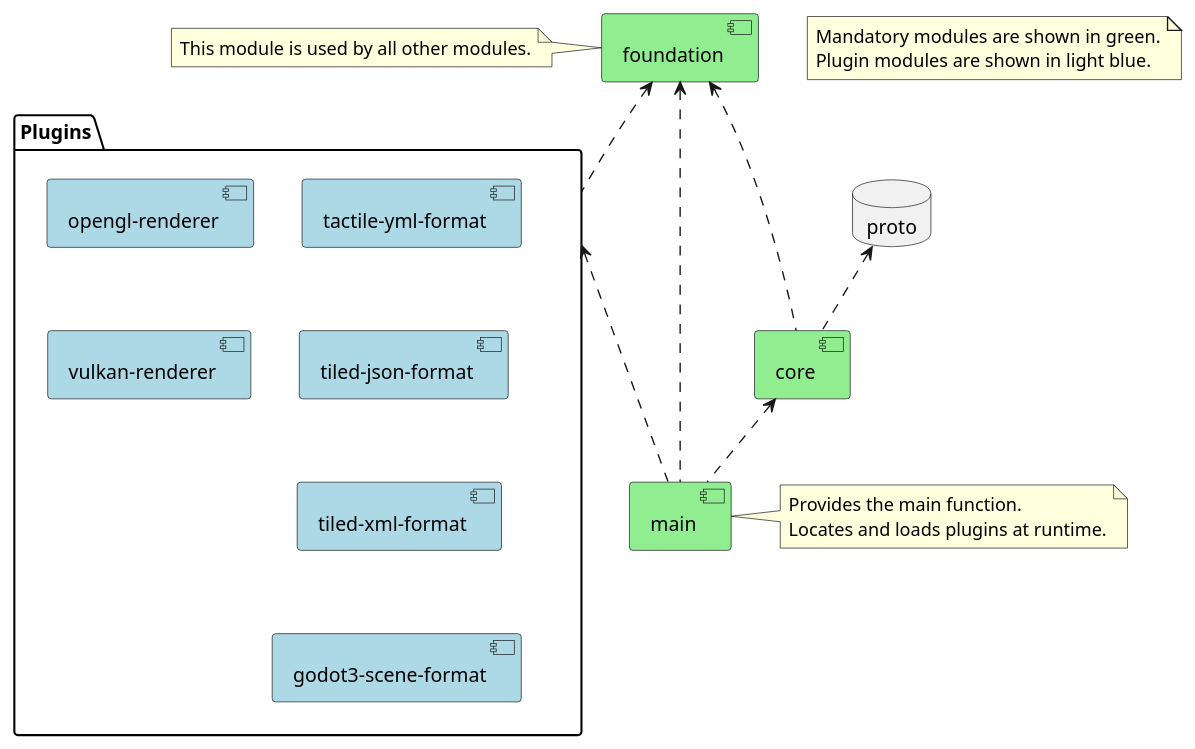
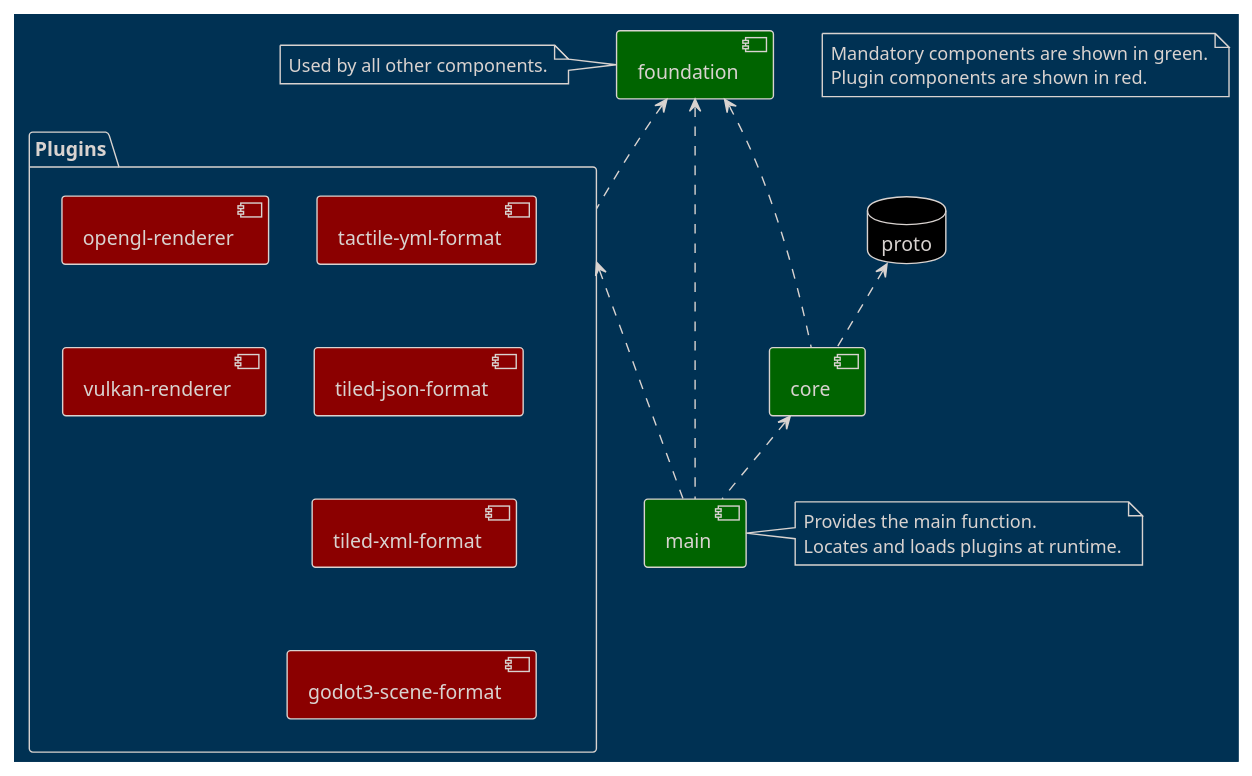
The diagram in docs/architecture/modules.puml (albin-johansson/tactile), drawn with PlantUML before and after one commit.

```diff
--- a/docs/architecture/modules.puml
+++ b/docs/architecture/modules.puml
@@ -1,38 +1,40 @@
 @startuml
 
-[foundation] #lightgreen
-[core]       #lightgreen
-[main]       #lightgreen
+!theme blueprint
+
+[foundation] #darkgreen
+[core]       #darkgreen
+[main]       #darkgreen
 
 package "Plugins" {
-  [tactile-yml-format]  #lightblue
-  [tiled-json-format]   #lightblue
-  [tiled-xml-format]    #lightblue
-  [godot3-scene-format] #lightblue
+  [tactile-yml-format]  #darkred
+  [tiled-json-format]   #darkred
+  [tiled-xml-format]    #darkred
+  [godot3-scene-format] #darkred
 
-  [opengl-renderer] #lightblue
-  [vulkan-renderer] #lightblue
+  [opengl-renderer] #darkred
+  [vulkan-renderer] #darkred
 }
 
-database "proto"
+database "proto" #black
 
 "tactile-yml-format" -[hidden]- "tiled-json-format"
 "tiled-json-format"  -[hidden]- "tiled-xml-format"
 "tiled-xml-format"   -[hidden]- "godot3-scene-format"
 "opengl-renderer"    -[hidden]- "vulkan-renderer"
 
 "foundation" <.. "core"
 "foundation" <.. "main"
 "foundation" <.. "Plugins"
 
 "proto" <.. "core"
 
 "core"    <..  "main"
 "Plugins" <... "main"
 
-note left of "foundation": This module is used by all other modules.
+note left of "foundation": Used by all other components.
 note right of "main": Provides the main function.\nLocates and loads plugins at runtime.
 
-note "Mandatory modules are shown in green.\nPlugin modules are shown in light blue." as N1
+note "Mandatory components are shown in green.\nPlugin components are shown in red." as N1
 
 @enduml
```
